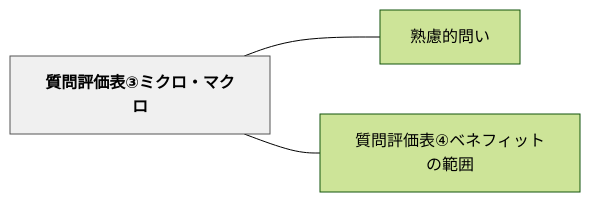
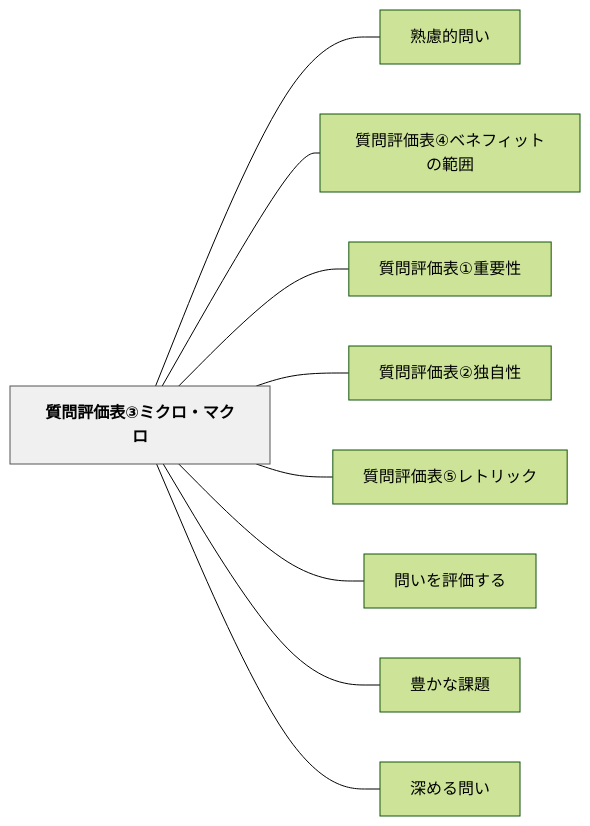
The diagram in content/パタン/質問評価表③ミクロ・マクロ.md (unknownthings-ed-patterns/unknownthings-ed-patterns), drawn with Mermaid (forest theme) before and after one commit. The commit also changed other lines of this file and 44 other files, not shown here.

````diff
--- a/content/パタン/質問評価表③ミクロ・マクロ.md
+++ b/content/パタン/質問評価表③ミクロ・マクロ.md
@@ -47,12 +53,24 @@
 ```mermaid
 flowchart LR
     ne8b3aae5958fe8a995e4bea1e8a1a8e291a2e3839fe382afe383ade383bbe3839ee382afe383ad["質問評価表③ミクロ・マクロ"]
     ne7869fe685aee79a84e5958fe38184["熟慮的問い"]
     ne8b3aae5958fe8a995e4bea1e8a1a8e291a3e38399e3838de38395e382a3e38383e38388e381aee7af84e59bb2["質問評価表④ベネフィットの範囲"]
+    ne8b3aae5958fe8a995e4bea1e8a1a8e291a0e9878de8a681e680a7["質問評価表①重要性"]
+    ne8b3aae5958fe8a995e4bea1e8a1a8e291a1e78bace887aae680a7["質問評価表②独自性"]
+    ne8b3aae5958fe8a995e4bea1e8a1a8e291a4e383ace38388e383aae38383e382af["質問評価表⑤レトリック"]
+    ne5958fe38184e38292e8a995e4bea1e38199e3828b["問いを評価する"]
+    ne8b18ae3818be381aae8aab2e9a18c["豊かな課題"]
+    ne6b7b1e38281e3828be5958fe38184["深める問い"]
 
     ne8b3aae5958fe8a995e4bea1e8a1a8e291a2e3839fe382afe383ade383bbe3839ee382afe383ad --- ne7869fe685aee79a84e5958fe38184
     ne8b3aae5958fe8a995e4bea1e8a1a8e291a2e3839fe382afe383ade383bbe3839ee382afe383ad --- ne8b3aae5958fe8a995e4bea1e8a1a8e291a3e38399e3838de38395e382a3e38383e38388e381aee7af84e59bb2
+    ne8b3aae5958fe8a995e4bea1e8a1a8e291a2e3839fe382afe383ade383bbe3839ee382afe383ad --- ne8b3aae5958fe8a995e4bea1e8a1a8e291a0e9878de8a681e680a7
+    ne8b3aae5958fe8a995e4bea1e8a1a8e291a2e3839fe382afe383ade383bbe3839ee382afe383ad --- ne8b3aae5958fe8a995e4bea1e8a1a8e291a1e78bace887aae680a7
+    ne8b3aae5958fe8a995e4bea1e8a1a8e291a2e3839fe382afe383ade383bbe3839ee382afe383ad --- ne8b3aae5958fe8a995e4bea1e8a1a8e291a4e383ace38388e383aae38383e382af
+    ne8b3aae5958fe8a995e4bea1e8a1a8e291a2e3839fe382afe383ade383bbe3839ee382afe383ad --- ne5958fe38184e38292e8a995e4bea1e38199e3828b
+    ne8b3aae5958fe8a995e4bea1e8a1a8e291a2e3839fe382afe383ade383bbe3839ee382afe383ad --- ne8b18ae3818be381aae8aab2e9a18c
+    ne8b3aae5958fe8a995e4bea1e8a1a8e291a2e3839fe382afe383ade383bbe3839ee382afe383ad --- ne6b7b1e38281e3828be5958fe38184
 
     classDef hub fill:#f0f0f0,stroke:#555,color:#000,font-weight:bold
     class ne8b3aae5958fe8a995e4bea1e8a1a8e291a2e3839fe382afe383ade383bbe3839ee382afe383ad hub
 ```
````
